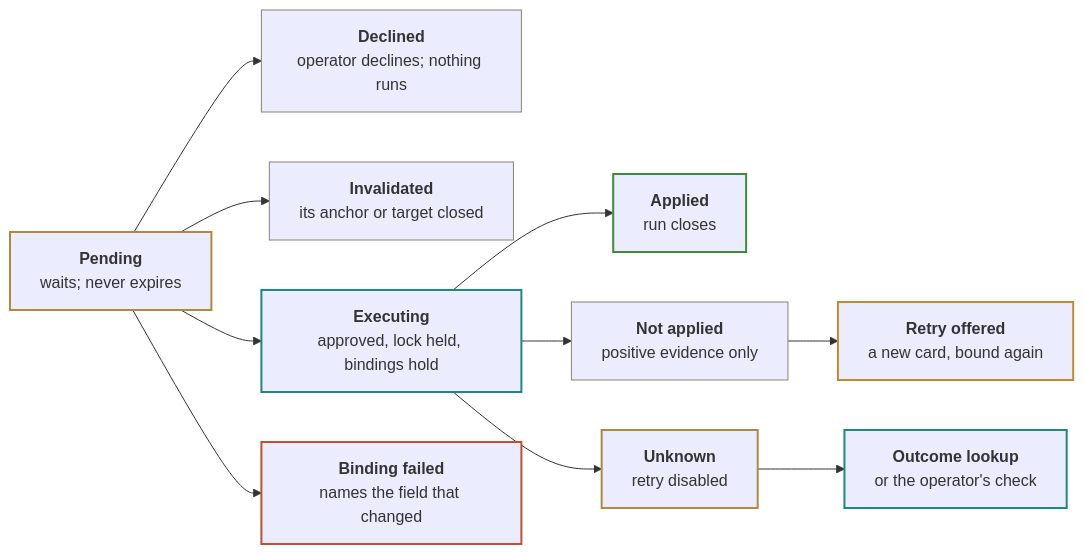
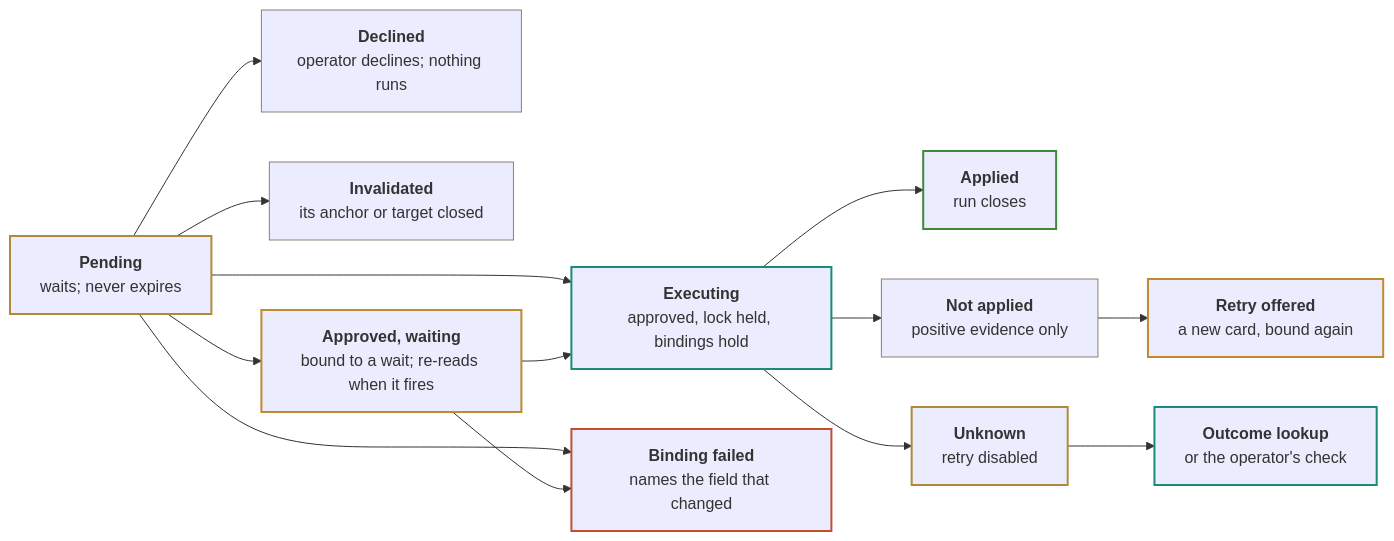
Before and after one commit to danielscholl-osdu/spi-code: the first of 2 diagrams in design/spi-code-prd.md, drawn with Mermaid. The commit also changed other lines of this file and 3 other files, not shown here.

````diff
--- a/design/spi-code-prd.md
+++ b/design/spi-code-prd.md
@@ -119,31 +128,35 @@
 ```mermaid
 flowchart LR
   P["<b>Pending</b><br/>waits; never expires"]:::warn
   D["<b>Declined</b><br/>operator declines; nothing runs"]:::mute
   I["<b>Invalidated</b><br/>its anchor or target closed"]:::mute
+  W["<b>Approved, waiting</b><br/>bound to a wait; re-reads when it fires"]:::operator
   E["<b>Executing</b><br/>approved, lock held, bindings hold"]:::spi
   B["<b>Binding failed</b><br/>names the field that changed"]:::bad
   A["<b>Applied</b><br/>run closes"]:::ok
   N["<b>Not applied</b><br/>positive evidence only"]:::mute
   U["<b>Unknown</b><br/>retry disabled"]:::warn
   R["<b>Retry offered</b><br/>a new card, bound again"]:::operator
   L["<b>Outcome lookup</b><br/>or the operator's check"]:::spi
   P --> D
   P --> I
   P --> E
   P --> B
+  P --> W
+  W --> E
+  W --> B
   E --> A
   E --> N
   E --> U
   N --> R
   U --> L
   classDef operator stroke:#c08a2e,stroke-width:2px
   classDef spi stroke:#1b8a7a,stroke-width:2px
   classDef copilot stroke:#7e4cba,stroke-width:2px
   classDef outside stroke:#3f6fb0,stroke-width:2px
   classDef carried stroke:#8a8270,stroke-width:1px,stroke-dasharray:4 3
   classDef bad stroke:#c0502f,stroke-width:2px
   classDef warn stroke:#b08a3a,stroke-width:2px
   classDef ok stroke:#3f8a37,stroke-width:2px
   classDef mute stroke:#8a8270,stroke-width:1px
 ```
````
